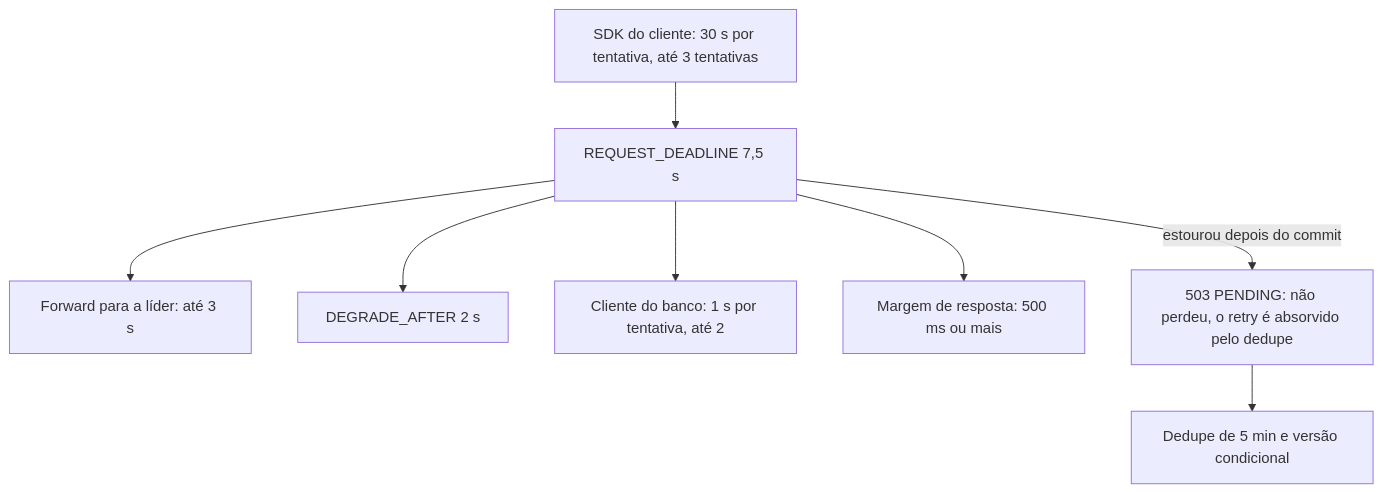
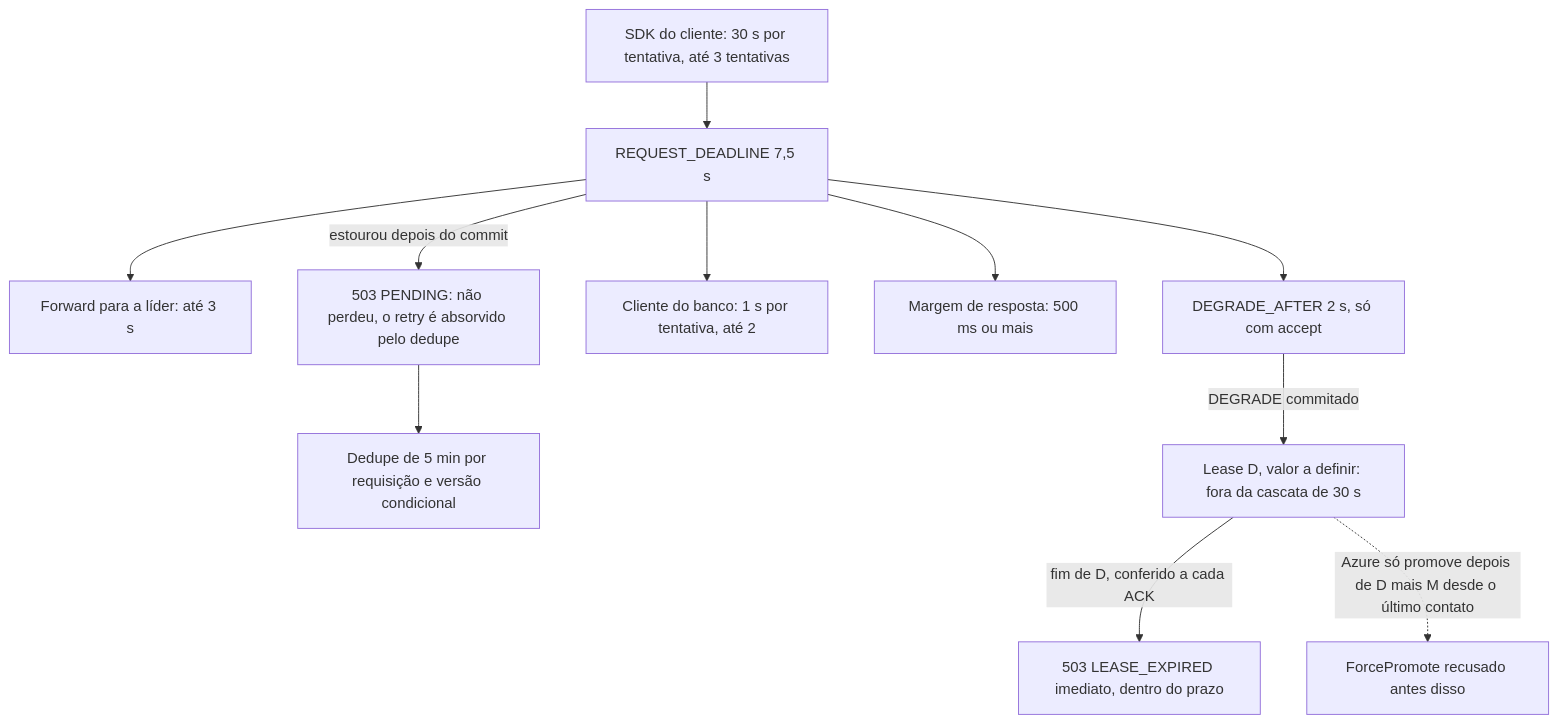
Before and after one commit to brbarmex/k: the diagram in 04_diagramas/D07-prazos-em-cascata.md, drawn with Mermaid. The commit also changed other lines of this file and 139 other files, not shown here.

````diff
--- a/04_diagramas/D07-prazos-em-cascata.md
+++ b/04_diagramas/D07-prazos-em-cascata.md
@@ -9,10 +9,13 @@
 ```mermaid
 flowchart TD
     SDK["SDK do cliente: 30 s por tentativa, até 3 tentativas"] --> API["REQUEST_DEADLINE 7,5 s"]
     API --> FWD["Forward para a líder: até 3 s"]
-    API --> DEG["DEGRADE_AFTER 2 s"]
+    API --> DEG["DEGRADE_AFTER 2 s, só com accept"]
     API --> APPLY["Cliente do banco: 1 s por tentativa, até 2"]
     API --> MARGEM["Margem de resposta: 500 ms ou mais"]
     API -->|"estourou depois do commit"| PEND["503 PENDING: não perdeu, o retry é absorvido pelo dedupe"]
-    PEND --> DD["Dedupe de 5 min e versão condicional"]
+    PEND --> DD["Dedupe de 5 min por requisição e versão condicional"]
+    DEG -->|"DEGRADE commitado"| LEASE["Lease D, valor a definir: fora da cascata de 30 s"]
+    LEASE -->|"fim de D, conferido a cada ACK"| LE["503 LEASE_EXPIRED imediato, dentro do prazo"]
+    LEASE -.->|"Azure só promove depois de D mais M desde o último contato"| PROM["ForcePromote recusado antes disso"]
 ```
````
